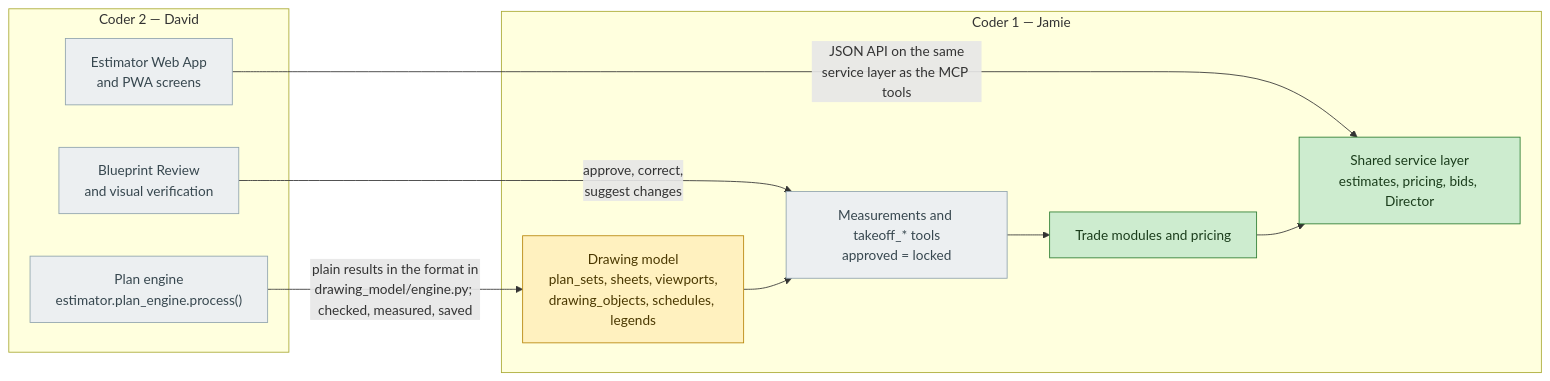
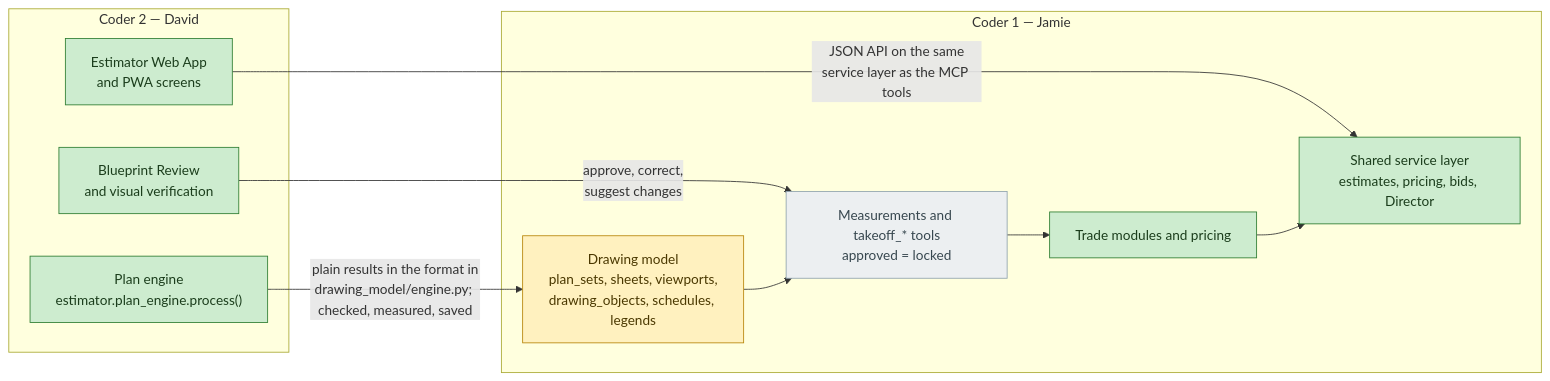
Before and after one commit to dvavro/AI-Prowler: the third of 3 diagrams in docs/estimator/AI-Prowler Estimator Design Spec.md, drawn with Mermaid. The commit also changed other lines of this file and 21 other files, not shown here.

````diff
--- a/docs/estimator/AI-Prowler Estimator Design Spec.md
+++ b/docs/estimator/AI-Prowler Estimator Design Spec.md
@@ -1181,24 +1181,24 @@
 ```mermaid
 flowchart LR
     subgraph D["Coder 2 — David"]
         ENG["Plan engine<br/>estimator.plan_engine.process()"]
         WEB["Estimator Web App<br/>and PWA screens"]
         BR["Blueprint Review<br/>and visual verification"]
     end
     subgraph J["Coder 1 — Jamie"]
         DM["Drawing model<br/>plan_sets, sheets, viewports,<br/>drawing_objects, schedules, legends"]
         SVC["Shared service layer<br/>estimates, pricing, bids, Director"]
         TK["Measurements and takeoff_* tools<br/>approved = locked"]
         TR["Trade modules and pricing"]
     end
     ENG -->|"plain results in the format in<br/>drawing_model/engine.py; checked, measured, saved"| DM
     WEB -->|"JSON API on the same<br/>service layer as the MCP tools"| SVC
     BR -->|"approve, correct,<br/>suggest changes"| TK
     DM --> TK --> TR --> SVC
     classDef done fill:#cdeccf,stroke:#2e7d32,color:#1b3d1c
     classDef wip fill:#fff1bf,stroke:#b8860b,color:#4a3800
     classDef todo fill:#eceff1,stroke:#90a4ae,color:#37474f
-    class SVC,TR done
+    class SVC,TR,ENG,WEB,BR done
     class DM wip
-    class TK,ENG,WEB,BR todo
+    class TK todo
 ```
````
